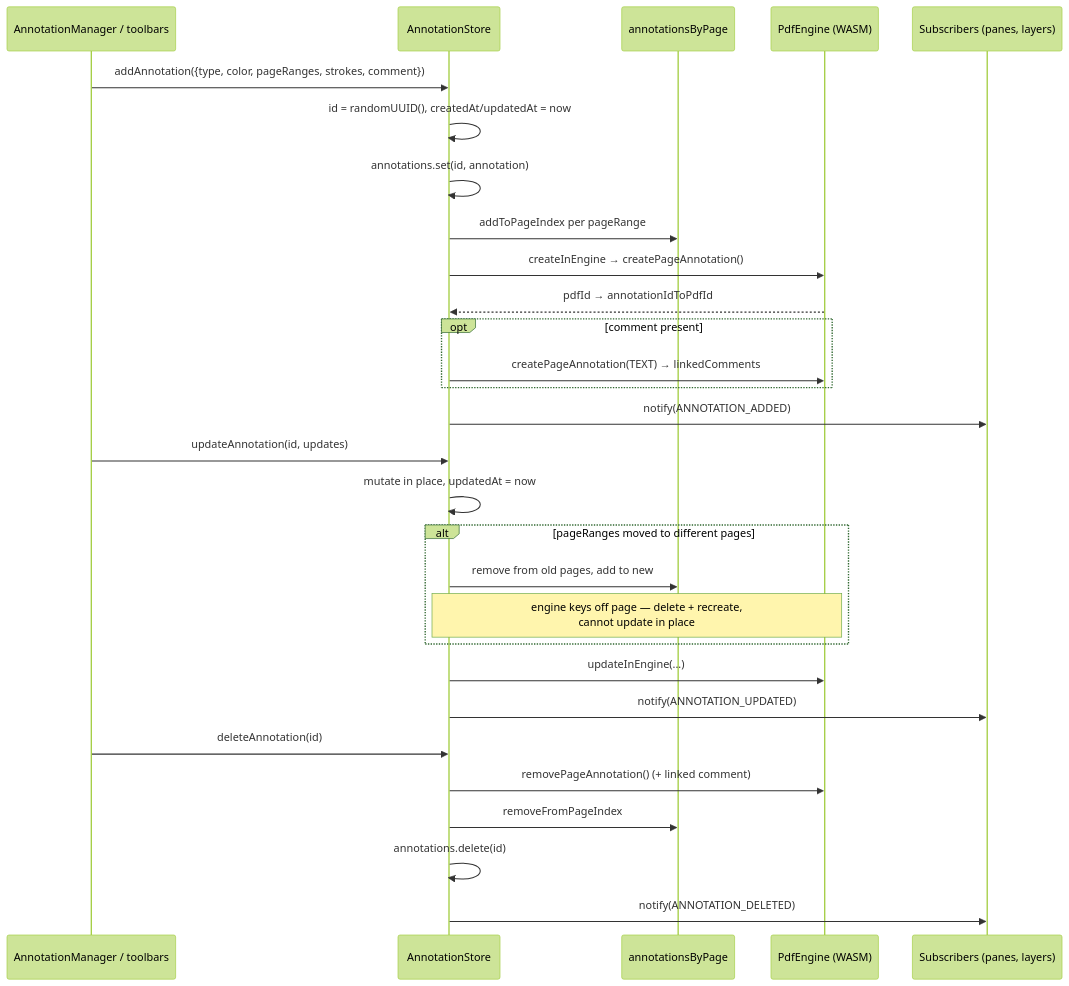
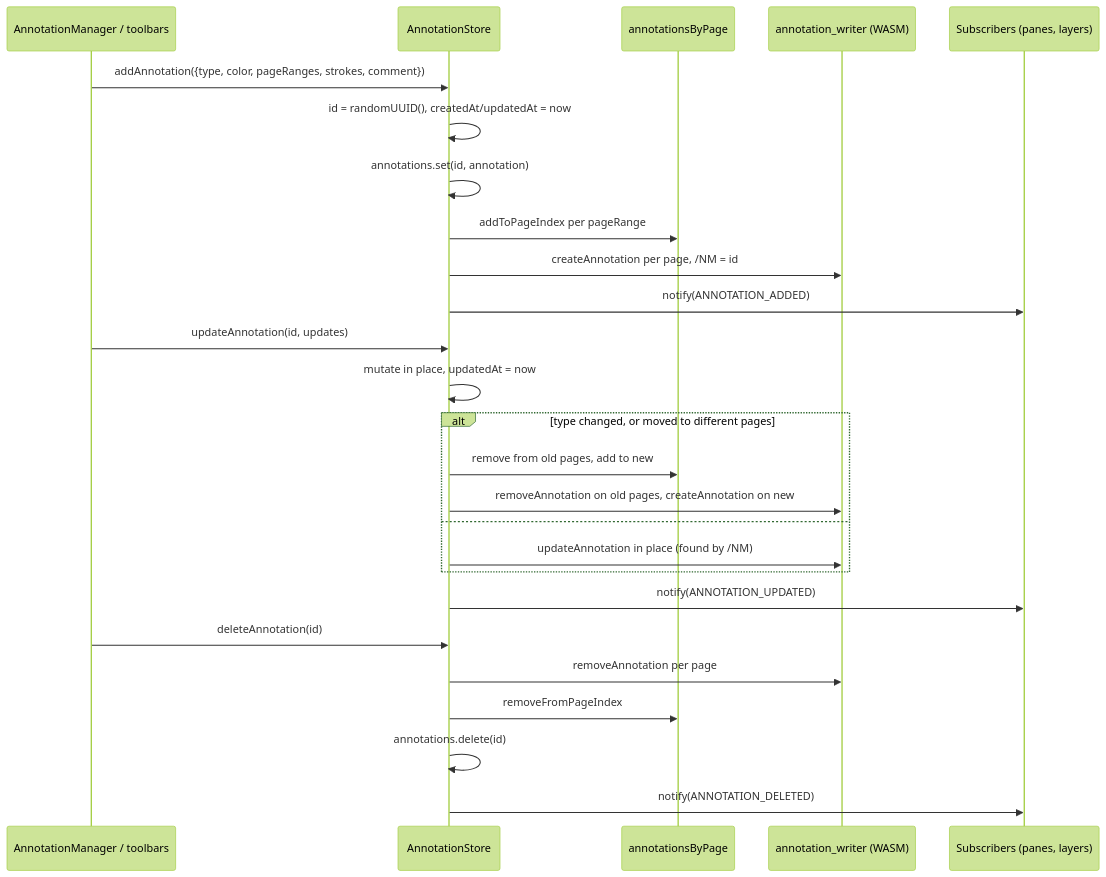
Before and after one commit to ChihshengJ/hover: the fourth of 5 diagrams in docs/pdf_lifecycle.md, drawn with Mermaid (forest theme). The commit also changed other lines of this file and 19 other files, not shown here.

````diff
--- a/docs/pdf_lifecycle.md
+++ b/docs/pdf_lifecycle.md
@@ -395,34 +398,31 @@
 ```mermaid
  sequenceDiagram
     participant UI as AnnotationManager / toolbars
     participant AS as AnnotationStore
     participant IDX as annotationsByPage
-    participant ENG as PdfEngine (WASM)
+    participant W as annotation_writer (WASM)
     participant SUB as Subscribers (panes, layers)
 
     UI->>AS: addAnnotation({type, color, pageRanges, strokes, comment})
     AS->>AS: id = randomUUID(), createdAt/updatedAt = now
     AS->>AS: annotations.set(id, annotation)
     AS->>IDX: addToPageIndex per pageRange
-    AS->>ENG: createInEngine → createPageAnnotation()
-    ENG-->>AS: pdfId → annotationIdToPdfId
-    opt comment present
-        AS->>ENG: createPageAnnotation(TEXT) → linkedComments
-    end
+    AS->>W: createAnnotation per page, /NM = id
     AS->>SUB: notify(ANNOTATION_ADDED)
 
     UI->>AS: updateAnnotation(id, updates)
     AS->>AS: mutate in place, updatedAt = now
-    alt pageRanges moved to different pages
+    alt type changed, or moved to different pages
         AS->>IDX: remove from old pages, add to new
-        Note over AS,ENG: engine keys off page — delete + recreate,<br/>cannot update in place
+        AS->>W: removeAnnotation on old pages, createAnnotation on new
+    else
+        AS->>W: updateAnnotation in place (found by /NM)
     end
-    AS->>ENG: updateInEngine(...)
     AS->>SUB: notify(ANNOTATION_UPDATED)
 
     UI->>AS: deleteAnnotation(id)
-    AS->>ENG: removePageAnnotation() (+ linked comment)
+    AS->>W: removeAnnotation per page
     AS->>IDX: removeFromPageIndex
     AS->>AS: annotations.delete(id)
     AS->>SUB: notify(ANNOTATION_DELETED)
 ```
````
